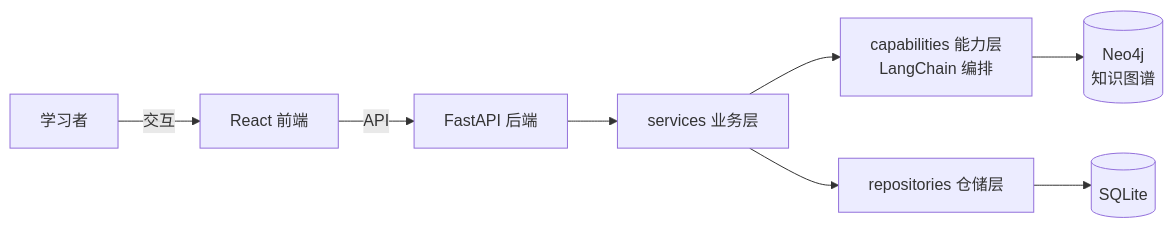
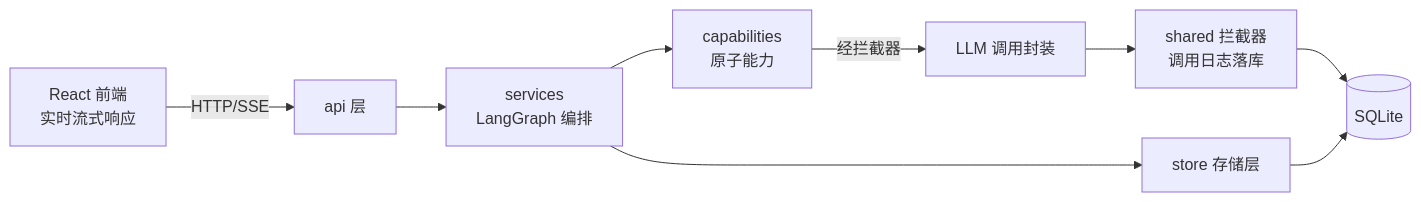
Before and after one commit to LuoHui0623/TeacherAgent: the diagram in Task.md, drawn with Mermaid. The commit also changed other lines of this file and 22 other files, not shown here.

Commit message:
feat: 后端基建设施——SQLite 存储层、LLM settings 热更新、调用日志拦截器

````diff
--- a/Task.md
+++ b/Task.md
@@ -31,10 +26,11 @@
 ```mermaid
 flowchart LR
-    U[学习者] -->|交互| FE[React 前端]
-    FE -->|API| BE[FastAPI 后端]
-    BE --> SVC[services 业务层]
-    SVC --> CAP[capabilities 能力层<br>LangChain 编排]
-    SVC --> REPO[repositories 仓储层]
-    REPO --> DB[(SQLite)]
-    CAP --> GDB[(Neo4j<br>知识图谱)]
+    FE[React 前端<br>实时流式响应] -->|HTTP/SSE| API[api 层]
+    API --> SVC[services<br>LangGraph 编排]
+    SVC --> CAP[capabilities<br>原子能力]
+    CAP -->|经拦截器| LLM[LLM 调用封装]
+    LLM --> LOG[shared 拦截器<br>调用日志落库]
+    LOG --> DB[(SQLite)]
+    SVC --> STORE[store 存储层]
+    STORE --> DB
 ```
````
